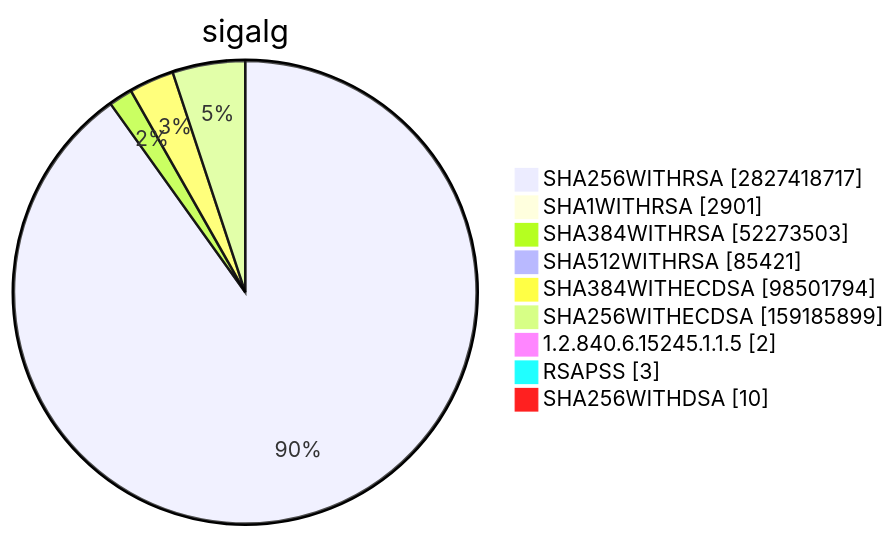
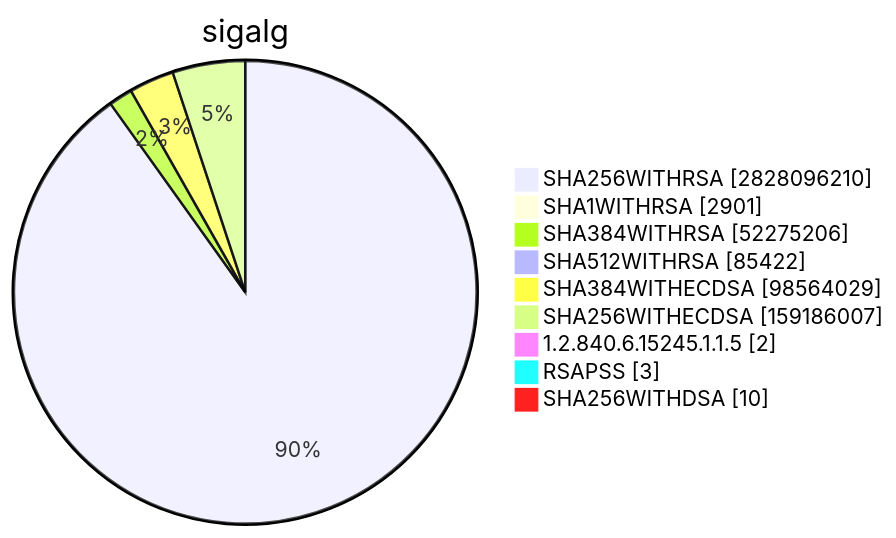
Before and after one commit to christiankrug/ctmonitor_visualization: diagram 15 of 15 in TOTAL/README.md, drawn with Mermaid. The commit also changed other lines of this file, not shown here.

````diff
--- a/TOTAL/README.md
+++ b/TOTAL/README.md
@@ -6205,13 +6205,13 @@
 ```mermaid
 pie showData
 title sigalg
-"SHA256WITHRSA" :2827418717
+"SHA256WITHRSA" :2828096210
 "SHA1WITHRSA" :2901
-"SHA384WITHRSA" :52273503
-"SHA512WITHRSA" :85421
-"SHA384WITHECDSA" :98501794
-"SHA256WITHECDSA" :159185899
+"SHA384WITHRSA" :52275206
+"SHA512WITHRSA" :85422
+"SHA384WITHECDSA" :98564029
+"SHA256WITHECDSA" :159186007
 "1.2.840.6.15245.1.1.5" :2
 "RSAPSS" :3
 "SHA256WITHDSA" :10
 ```
````
